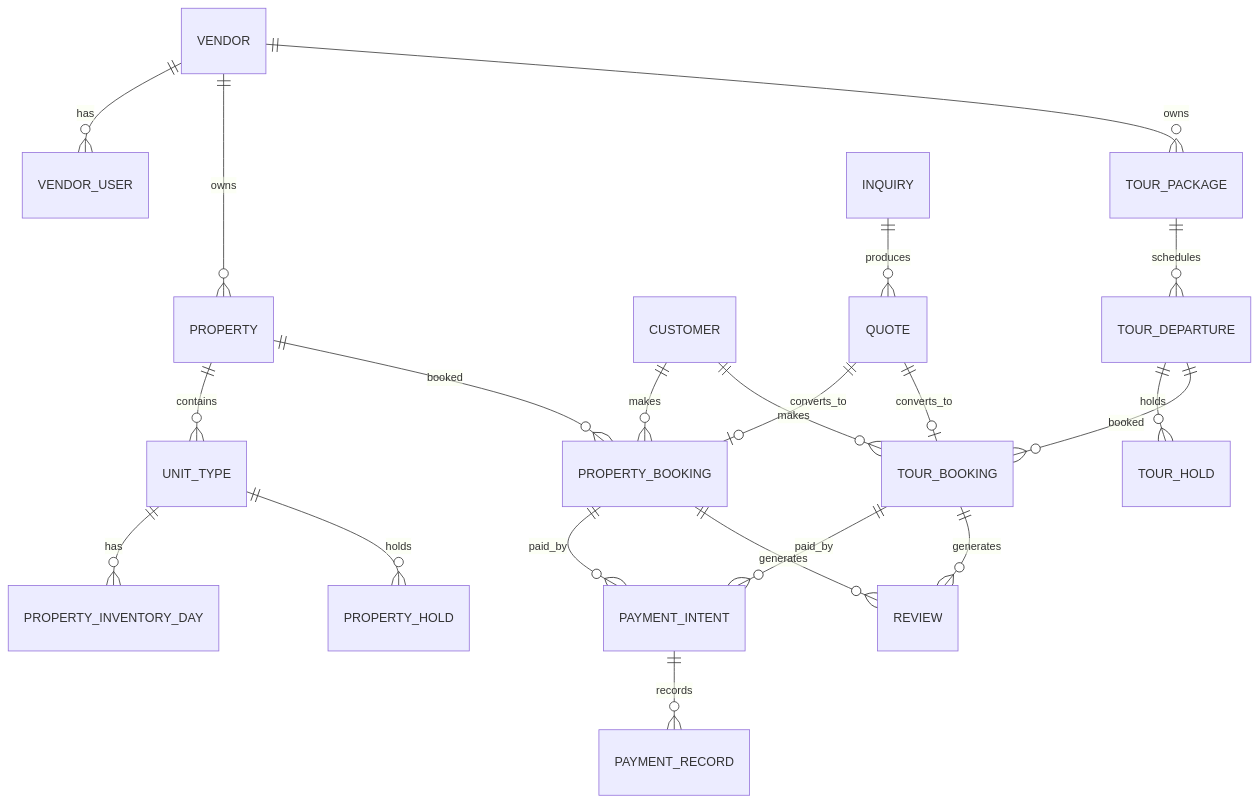
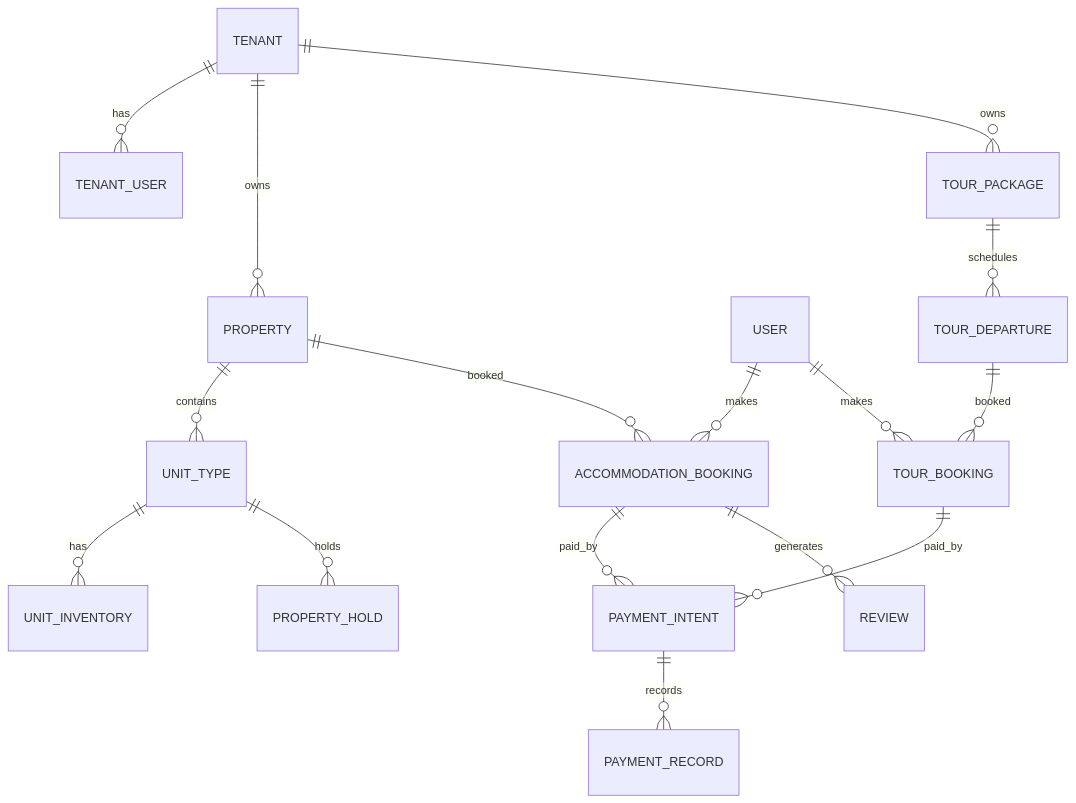
The diagram in docs/database/erd-v1.md (hamdanahmadkhan101-tech/khan-familia-platform), drawn with Mermaid before and after one commit. The commit also changed other lines of this file and 10 other files, not shown here.

Commit message:
docs: sync domain/database docs to current Prisma schema

````diff
--- a/docs/database/erd-v1.md
+++ b/docs/database/erd-v1.md
@@ -59,26 +83,20 @@
 ```mermaid
 erDiagram
-  VENDOR ||--o{ VENDOR_USER : has
-  VENDOR ||--o{ PROPERTY : owns
+  TENANT ||--o{ TENANT_USER : has
+  TENANT ||--o{ PROPERTY : owns
   PROPERTY ||--o{ UNIT_TYPE : contains
-  UNIT_TYPE ||--o{ PROPERTY_INVENTORY_DAY : has
+  UNIT_TYPE ||--o{ UNIT_INVENTORY : has
   UNIT_TYPE ||--o{ PROPERTY_HOLD : holds
-  PROPERTY ||--o{ PROPERTY_BOOKING : booked
-  CUSTOMER ||--o{ PROPERTY_BOOKING : makes
-  PROPERTY_BOOKING ||--o{ PAYMENT_INTENT : paid_by
-  PROPERTY_BOOKING ||--o{ REVIEW : generates
+  PROPERTY ||--o{ ACCOMMODATION_BOOKING : booked
+  USER ||--o{ ACCOMMODATION_BOOKING : makes
+  ACCOMMODATION_BOOKING ||--o{ PAYMENT_INTENT : paid_by
+  ACCOMMODATION_BOOKING ||--o{ REVIEW : generates
 
-  VENDOR ||--o{ TOUR_PACKAGE : owns
+  TENANT ||--o{ TOUR_PACKAGE : owns
   TOUR_PACKAGE ||--o{ TOUR_DEPARTURE : schedules
-  TOUR_DEPARTURE ||--o{ TOUR_HOLD : holds
   TOUR_DEPARTURE ||--o{ TOUR_BOOKING : booked
-  CUSTOMER ||--o{ TOUR_BOOKING : makes
+  USER ||--o{ TOUR_BOOKING : makes
   TOUR_BOOKING ||--o{ PAYMENT_INTENT : paid_by
-  TOUR_BOOKING ||--o{ REVIEW : generates
-
-  INQUIRY ||--o{ QUOTE : produces
-  QUOTE ||--o| PROPERTY_BOOKING : converts_to
-  QUOTE ||--o| TOUR_BOOKING : converts_to
 
   PAYMENT_INTENT ||--o{ PAYMENT_RECORD : records
 ```
````
